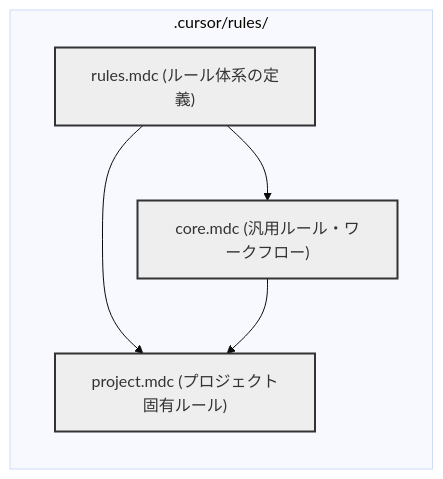
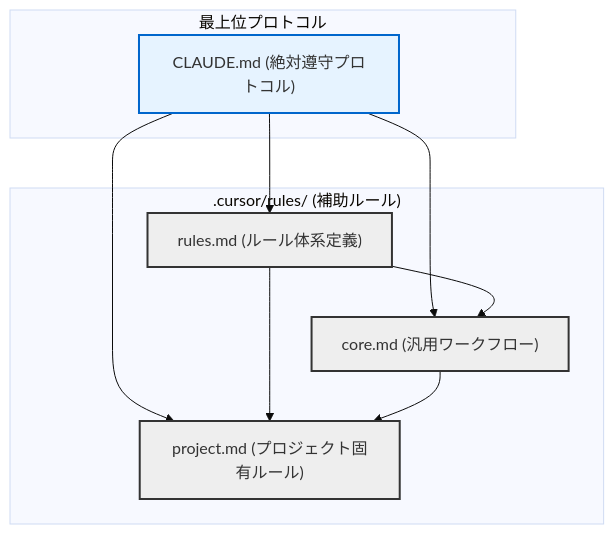
One commit to tkosht/cursor_dev changed the first of 2 diagrams in .cursor/rules/rules.mdc. Above: the diagram before and after it, drawn with Mermaid (base theme). The commit also changed other lines of this file and 4 other files, not shown here.

First line of the commit message:
refactor(rules): Re-architect rule system around CLAUDE.md and update references

````diff
--- a/.cursor/rules/rules.mdc
+++ b/.cursor/rules/rules.mdc
@@ -36,15 +42,25 @@
 ```mermaid
-graph LR
-    subgraph ".cursor/rules/"
-        RulesMDC["rules.mdc (ルール体系の定義)"]
-        CoreMDC["core.mdc (汎用ルール・ワークフロー)"]
-        ProjectMDC["project.mdc (プロジェクト固有ルール)"]
-
-        RulesMDC --> CoreMDC
-        RulesMDC --> ProjectMDC
-        CoreMDC --> ProjectMDC
+graph TD
+    subgraph "最上位プロトコル"
+        ClaudeMD["CLAUDE.md (絶対遵守プロトコル)"]
     end
 
-    classDef mdc fill:#eee,stroke:#333,stroke-width:2px;
-    class RulesMDC,CoreMDC,ProjectMDC mdc
+    subgraph ".cursor/rules/ (補助ルール)"
+        RulesMD["rules.md (ルール体系定義)"]
+        CoreMD["core.md (汎用ワークフロー)"]
+        ProjectMD["project.md (プロジェクト固有ルール)"]
+    end
+
+    ClaudeMD --> RulesMD
+    ClaudeMD --> CoreMD
+    ClaudeMD --> ProjectMD
+    
+    RulesMD --> CoreMD
+    RulesMD --> ProjectMD
+    CoreMD --> ProjectMD
+
+    classDef md fill:#eee,stroke:#333,stroke-width:2px;
+    class RulesMD,CoreMD,ProjectMD md
+    classDef protocol fill:#e6f3ff,stroke:#0066cc,stroke-width:2px;
+    class ClaudeMD protocol
 ```
````
